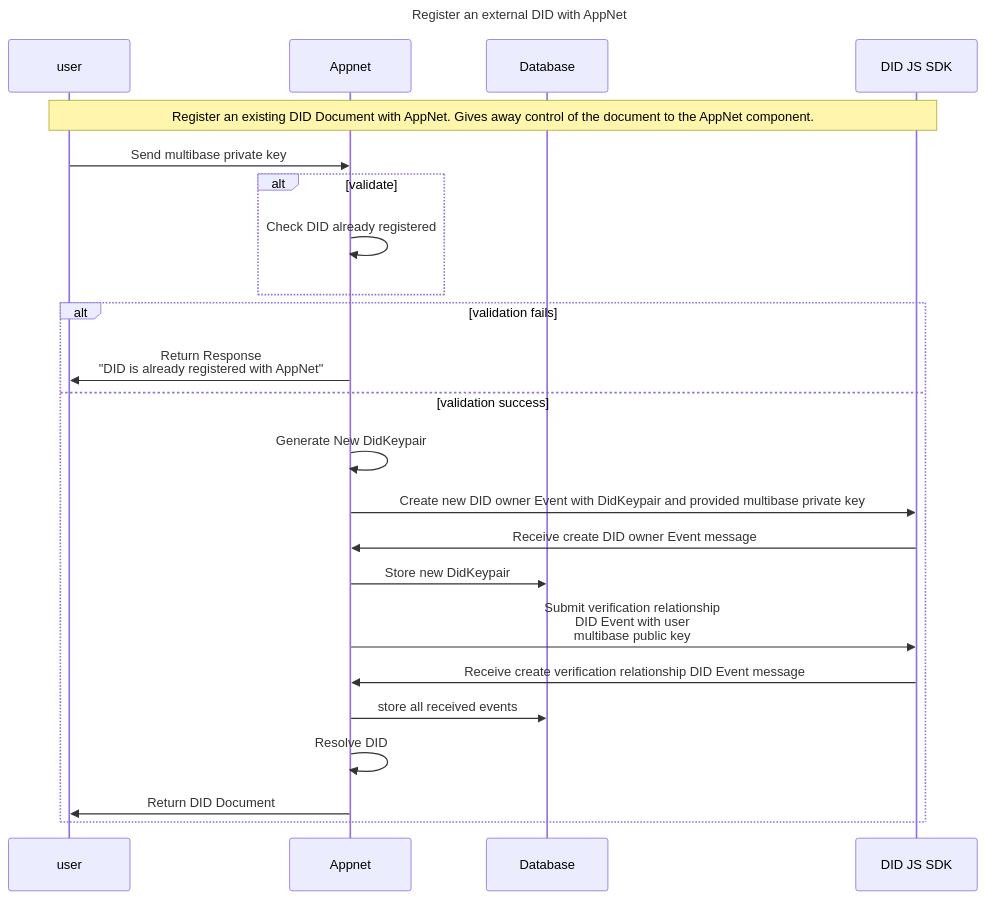
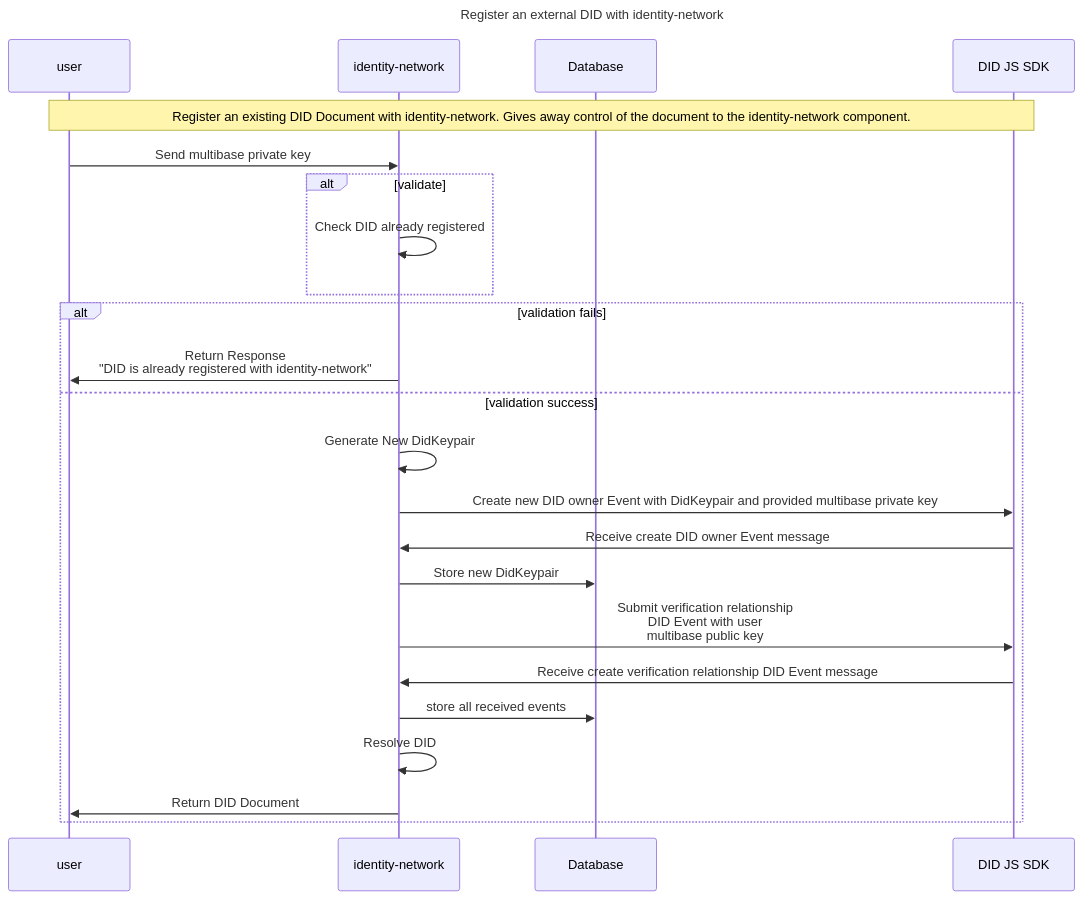
One commit to Meeco/hedera-did-identity-network changed the diagram in documentation/diagrams/did-delegate.mmd. Above: the diagram before and after it, drawn with Mermaid. The commit also changed 21 other files, not shown here.

Commit message:
replace appnet refreces with identity-network

```diff
--- a/documentation/diagrams/did-delegate.mmd
+++ b/documentation/diagrams/did-delegate.mmd
@@ -1,27 +1,27 @@
 sequenceDiagram
-Title: Register an external DID with AppNet
+Title: Register an external DID with identity-network
 
 participant user as user
-participant API as Appnet
+participant API as identity-network
 participant DB as Database
 participant SDK as DID JS SDK
 
 
-note over user, SDK: Register an existing DID Document with AppNet. Gives away control of the document to the AppNet component.
+note over user, SDK: Register an existing DID Document with identity-network. Gives away control of the document to the identity-network component.
 user ->> API: Send multibase private key
 alt validate
 API ->> API: Check DID already registered 
 end 
 alt validation fails
-API ->> user: Return Response <br> "DID is already registered with AppNet"
+API ->> user: Return Response <br> "DID is already registered with identity-network"
 else validation success
 API ->> API: Generate  New DidKeypair
 API ->> SDK: Create new DID owner Event with DidKeypair and provided multibase private key
 SDK ->> API: Receive create DID owner Event message 
 API ->> DB: Store new DidKeypair
 API ->> SDK:  Submit verification relationship <br> DID Event with user <br> multibase public key
 SDK ->> API: Receive create verification relationship DID Event message
 API ->> DB: store all received events
 API ->> API: Resolve DID
 API ->> user: Return DID Document
 end
```
